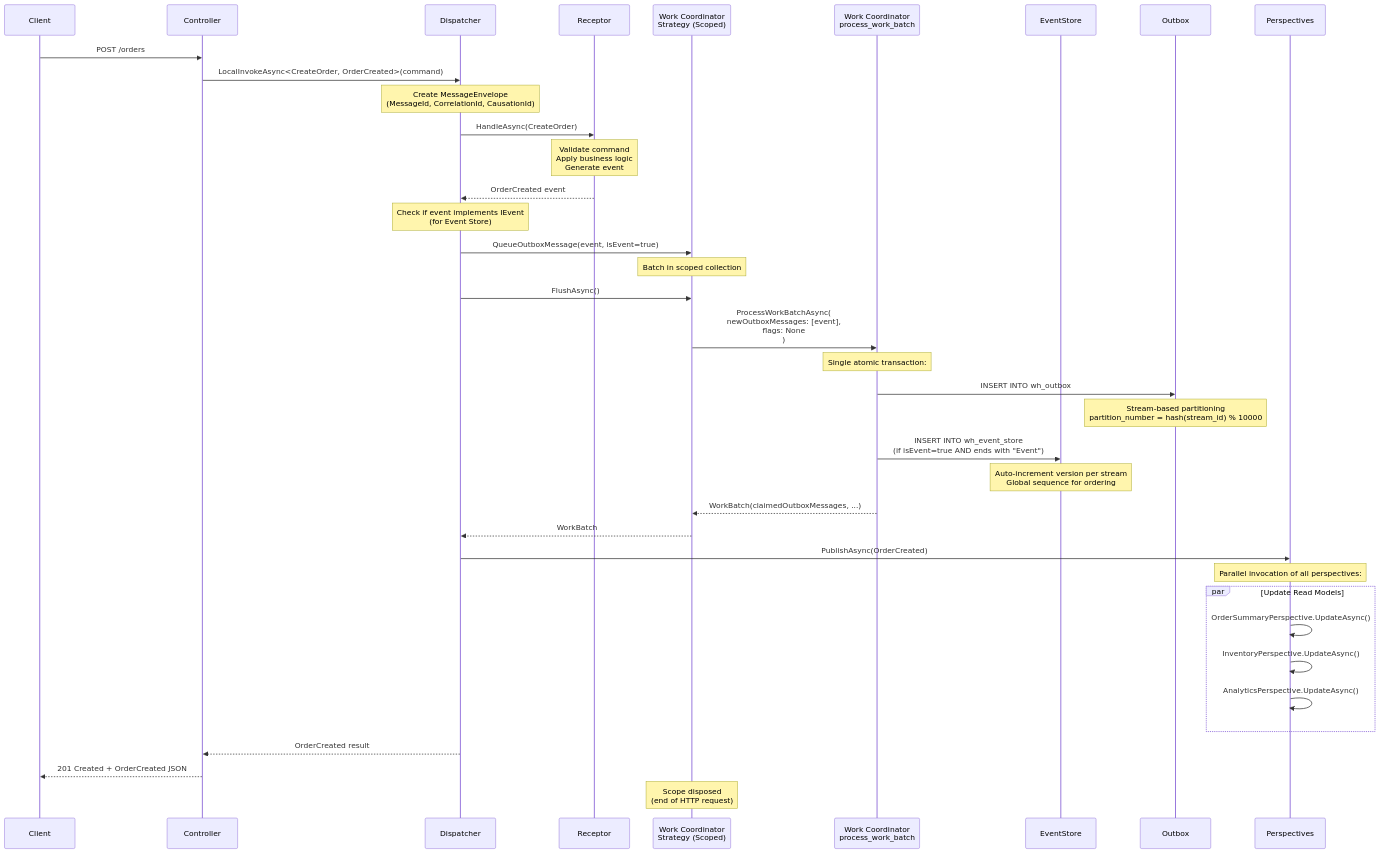
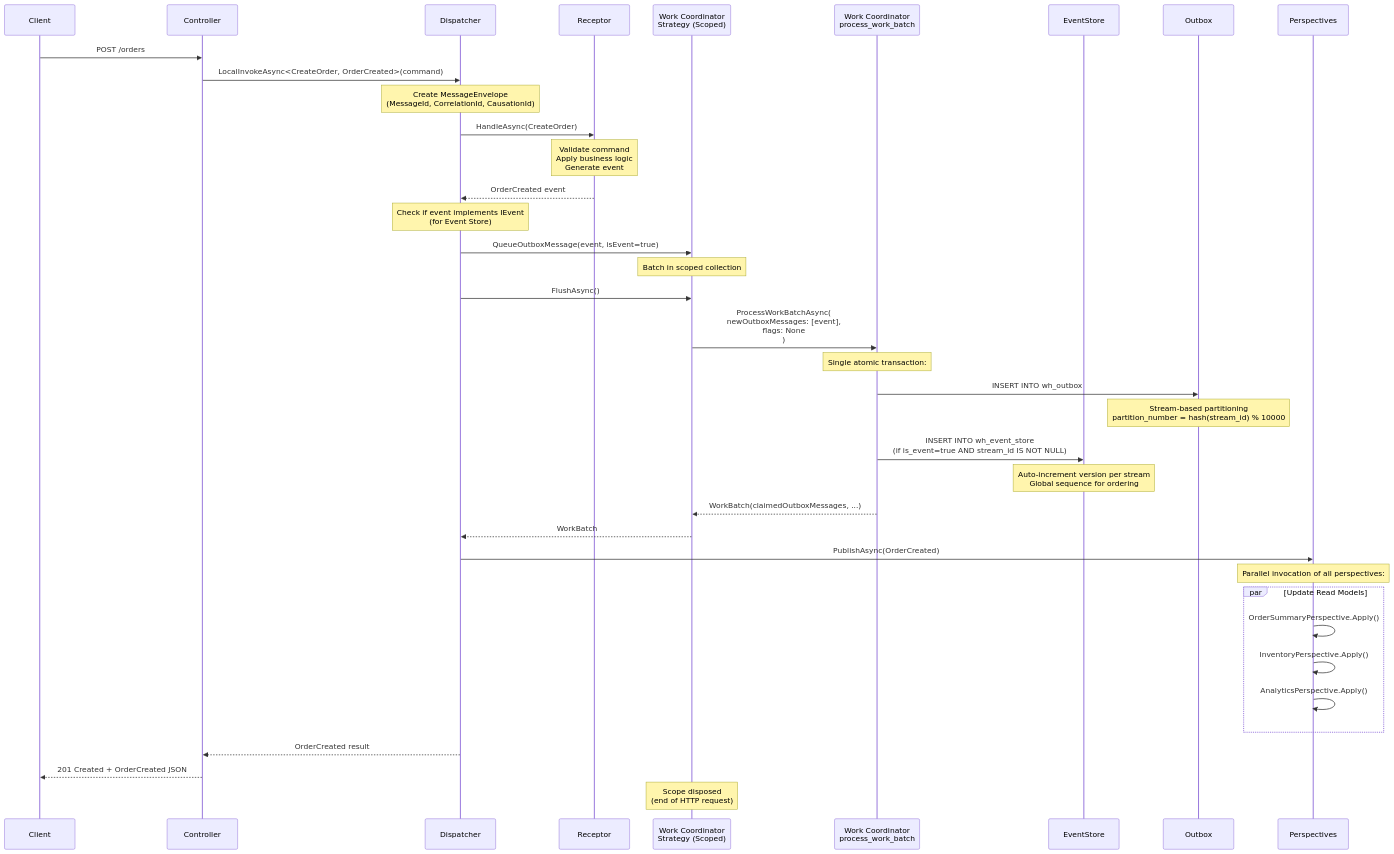
One commit to whizbang-lib/whizbang-lib.github.io changed the second of 6 diagrams in src/assets/docs/v1.0.0/extending/internals/message-lifecycle.md. Above: the diagram before and after it, drawn with Mermaid. The commit also changed other lines of this file and 38 other files, not shown here.

````diff
--- a/src/assets/docs/v1.0.0/extending/internals/message-lifecycle.md
+++ b/src/assets/docs/v1.0.0/extending/internals/message-lifecycle.md
@@ -108,58 +117,58 @@
 ```mermaid
 sequenceDiagram
     participant Client
     participant Controller
     participant Dispatcher
     participant Receptor
     participant WorkStrategy as Work Coordinator<br/>Strategy (Scoped)
     participant WorkCoord as Work Coordinator<br/>process_work_batch
     participant EventStore
     participant Outbox
     participant Perspectives
 
     Client->>Controller: POST /orders
     Controller->>Dispatcher: LocalInvokeAsync<CreateOrder, OrderCreated>(command)
 
     Note over Dispatcher: Create MessageEnvelope<br/>(MessageId, CorrelationId, CausationId)
 
     Dispatcher->>Receptor: HandleAsync(CreateOrder)
 
     Note over Receptor: Validate command<br/>Apply business logic<br/>Generate event
 
     Receptor-->>Dispatcher: OrderCreated event
 
     Note over Dispatcher: Check if event implements IEvent<br/>(for Event Store)
 
     Dispatcher->>WorkStrategy: QueueOutboxMessage(event, isEvent=true)
     Note over WorkStrategy: Batch in scoped collection
 
     Dispatcher->>WorkStrategy: FlushAsync()
 
     WorkStrategy->>WorkCoord: ProcessWorkBatchAsync(<br/>  newOutboxMessages: [event],<br/>  flags: None<br/>)
 
     Note over WorkCoord: Single atomic transaction:
 
     WorkCoord->>Outbox: INSERT INTO wh_outbox
     Note over Outbox: Stream-based partitioning<br/>partition_number = hash(stream_id) % 10000
 
-    WorkCoord->>EventStore: INSERT INTO wh_event_store<br/>(if isEvent=true AND ends with "Event")
+    WorkCoord->>EventStore: INSERT INTO wh_event_store<br/>(if is_event=true AND stream_id IS NOT NULL)
     Note over EventStore: Auto-increment version per stream<br/>Global sequence for ordering
 
     WorkCoord-->>WorkStrategy: WorkBatch(claimedOutboxMessages, ...)
     WorkStrategy-->>Dispatcher: WorkBatch
 
     Dispatcher->>Perspectives: PublishAsync(OrderCreated)
 
     Note over Perspectives: Parallel invocation of all perspectives:
 
     par Update Read Models
-        Perspectives->>Perspectives: OrderSummaryPerspective.UpdateAsync()
-        Perspectives->>Perspectives: InventoryPerspective.UpdateAsync()
-        Perspectives->>Perspectives: AnalyticsPerspective.UpdateAsync()
+        Perspectives->>Perspectives: OrderSummaryPerspective.Apply()
+        Perspectives->>Perspectives: InventoryPerspective.Apply()
+        Perspectives->>Perspectives: AnalyticsPerspective.Apply()
     end
 
     Dispatcher-->>Controller: OrderCreated result
     Controller-->>Client: 201 Created + OrderCreated JSON
 
     Note over WorkStrategy: Scope disposed<br/>(end of HTTP request)
 ```
````
